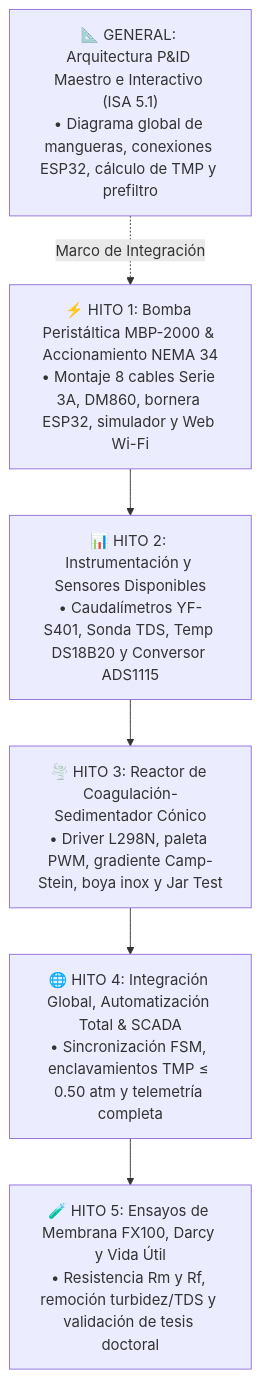
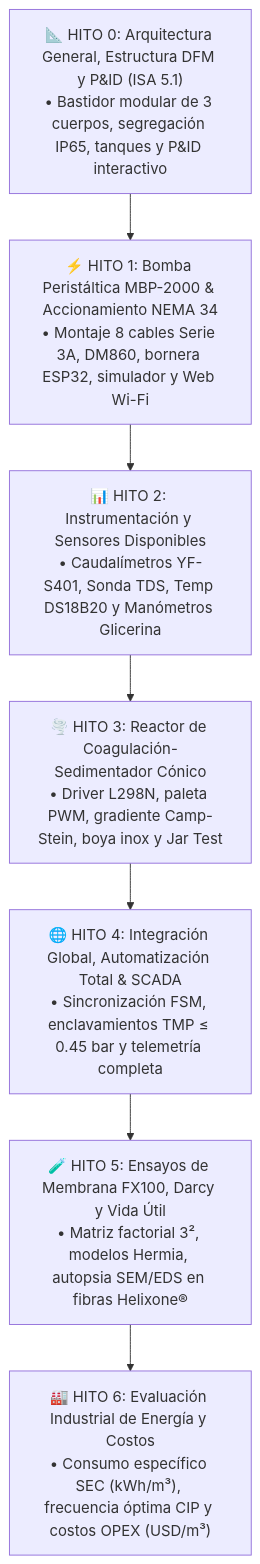
Before and after one commit to enzoocorte/Planta-Ultrafiltracion: the diagram in MANUAL_GENERAL_Y_GUIA_DE_NAVEGACION.md, drawn with Mermaid. The commit also changed other lines of this file and 43 other files, not shown here.

````diff
--- a/MANUAL_GENERAL_Y_GUIA_DE_NAVEGACION.md
+++ b/MANUAL_GENERAL_Y_GUIA_DE_NAVEGACION.md
@@ -21,8 +21,9 @@
 ```mermaid
 flowchart TD
-    P_ID["📐 GENERAL: Arquitectura P&ID Maestro e Interactivo (ISA 5.1)<br>• Diagrama global de mangueras, conexiones ESP32, cálculo de TMP y prefiltro"] -. Marco de Integración .-> H1
-    H1["⚡ HITO 1: Bomba Peristáltica MBP-2000 & Accionamiento NEMA 34<br>• Montaje 8 cables Serie 3A, DM860, bornera ESP32, simulador y Web Wi-Fi"] --> H2["📊 HITO 2: Instrumentación y Sensores Disponibles<br>• Caudalímetros YF-S401, Sonda TDS, Temp DS18B20 y Conversor ADS1115"]
+    H0["📐 HITO 0: Arquitectura General, Estructura DFM y P&ID (ISA 5.1)<br>• Bastidor modular de 3 cuerpos, segregación IP65, tanques y P&ID interactivo"] --> H1["⚡ HITO 1: Bomba Peristáltica MBP-2000 & Accionamiento NEMA 34<br>• Montaje 8 cables Serie 3A, DM860, bornera ESP32, simulador y Web Wi-Fi"]
+    H1 --> H2["📊 HITO 2: Instrumentación y Sensores Disponibles<br>• Caudalímetros YF-S401, Sonda TDS, Temp DS18B20 y Manómetros Glicerina"]
     H2 --> H3["🌪️ HITO 3: Reactor de Coagulación-Sedimentador Cónico<br>• Driver L298N, paleta PWM, gradiente Camp-Stein, boya inox y Jar Test"]
-    H3 --> H4["🌐 HITO 4: Integración Global, Automatización Total & SCADA<br>• Sincronización FSM, enclavamientos TMP ≤ 0.50 atm y telemetría completa"]
-    H4 --> H5["🧪 HITO 5: Ensayos de Membrana FX100, Darcy y Vida Útil<br>• Resistencia Rm y Rf, remoción turbidez/TDS y validación de tesis doctoral"]
+    H3 --> H4["🌐 HITO 4: Integración Global, Automatización Total & SCADA<br>• Sincronización FSM, enclavamientos TMP ≤ 0.45 bar y telemetría completa"]
+    H4 --> H5["🧪 HITO 5: Ensayos de Membrana FX100, Darcy y Vida Útil<br>• Matriz factorial 3², modelos Hermia, autopsia SEM/EDS en fibras Helixone®"]
+    H5 --> H6["🏭 HITO 6: Evaluación Industrial de Energía y Costos<br>• Consumo específico SEC (kWh/m³), frecuencia óptima CIP y costos OPEX (USD/m³)"]
 ```
````
